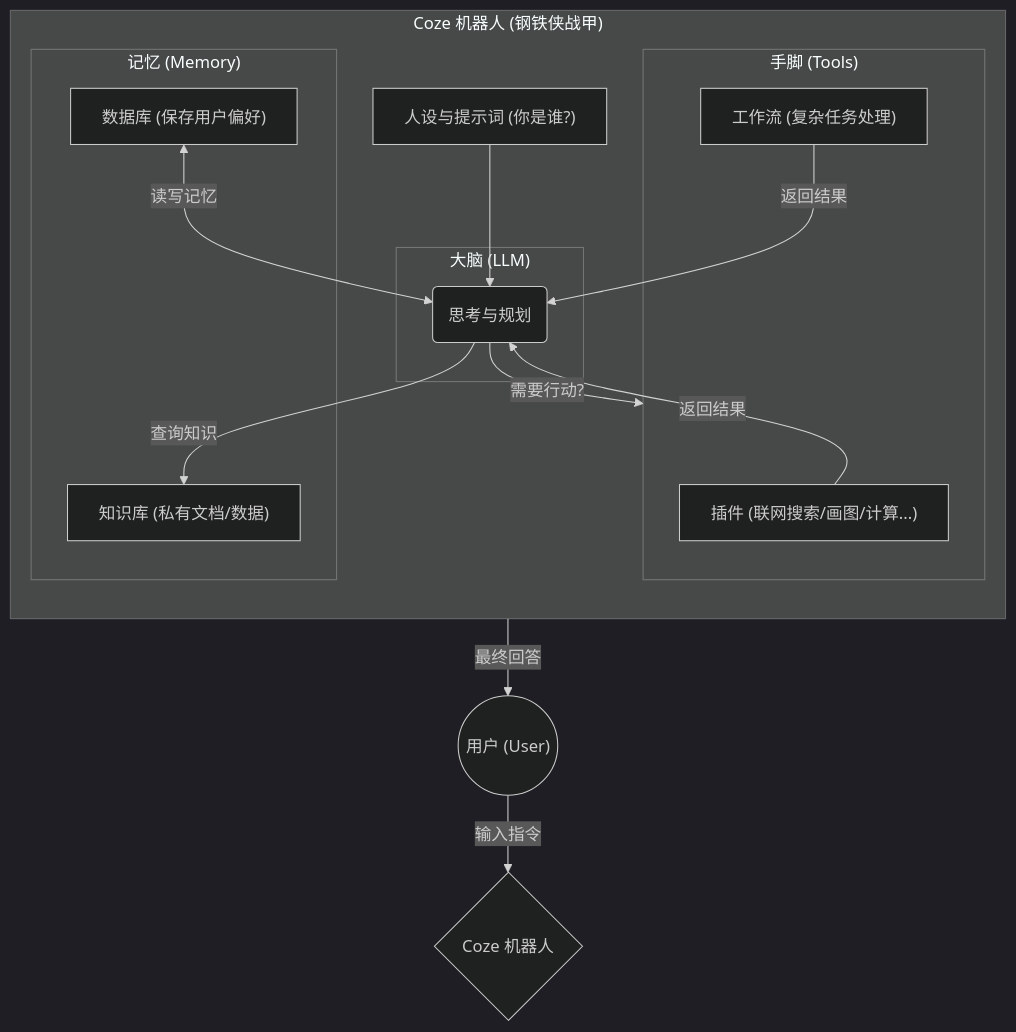
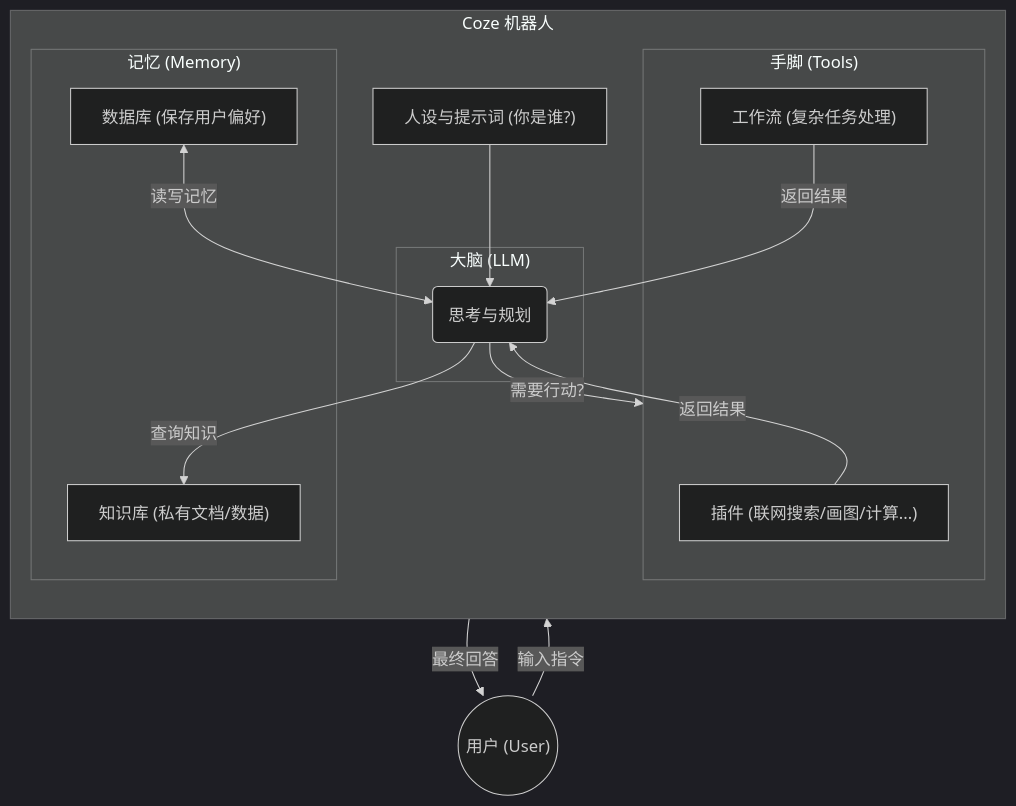
The diagram in docs/posts/coze/01_Coze_Introduction.md (briefness/LZYBlog), drawn with Mermaid (dark theme) before and after one commit. The commit also changed other lines of this file and 28 other files, not shown here.

````diff
--- a/docs/posts/coze/01_Coze_Introduction.md
+++ b/docs/posts/coze/01_Coze_Introduction.md
@@ -30,31 +25,31 @@
 ```mermaid
 graph TD
     User(("用户 (User)")) -->|输入指令| Bot{Coze 机器人}
-    
-    subgraph Bot_IronMan_Suit ["Coze 机器人 (钢铁侠战甲)"]
+
+    subgraph Bot["Coze 机器人"]
         direction TB
         Prompt["人设与提示词 (你是谁?)"]
-        
+
         subgraph Brain ["大脑 (LLM)"]
             Think(思考与规划)
         end
-        
+
         subgraph Hands ["手脚 (Tools)"]
             Plugin["插件 (联网搜索/画图/计算...)"]
             Workflow["工作流 (复杂任务处理)"]
         end
-        
+
         subgraph Memory ["记忆 (Memory)"]
             KB["知识库 (私有文档/数据)"]
             DB["数据库 (保存用户偏好)"]
         end
-        
+
         Prompt --> Think
         Think -->|查询知识| KB
         Think -->|需要行动?| Hands
         Plugin & Workflow -->|返回结果| Think
         DB <-->|读写记忆| Think
     end
-    
+
     Think -->|最终回答| User
 ```
````
